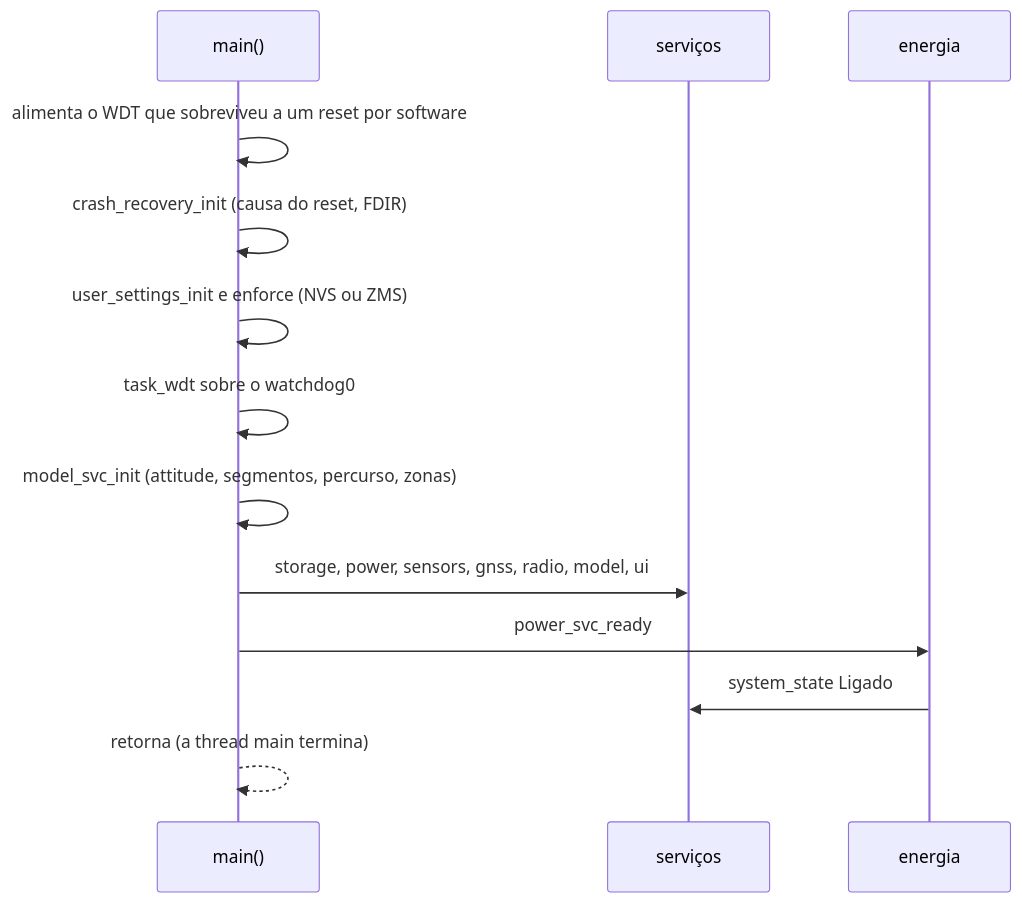
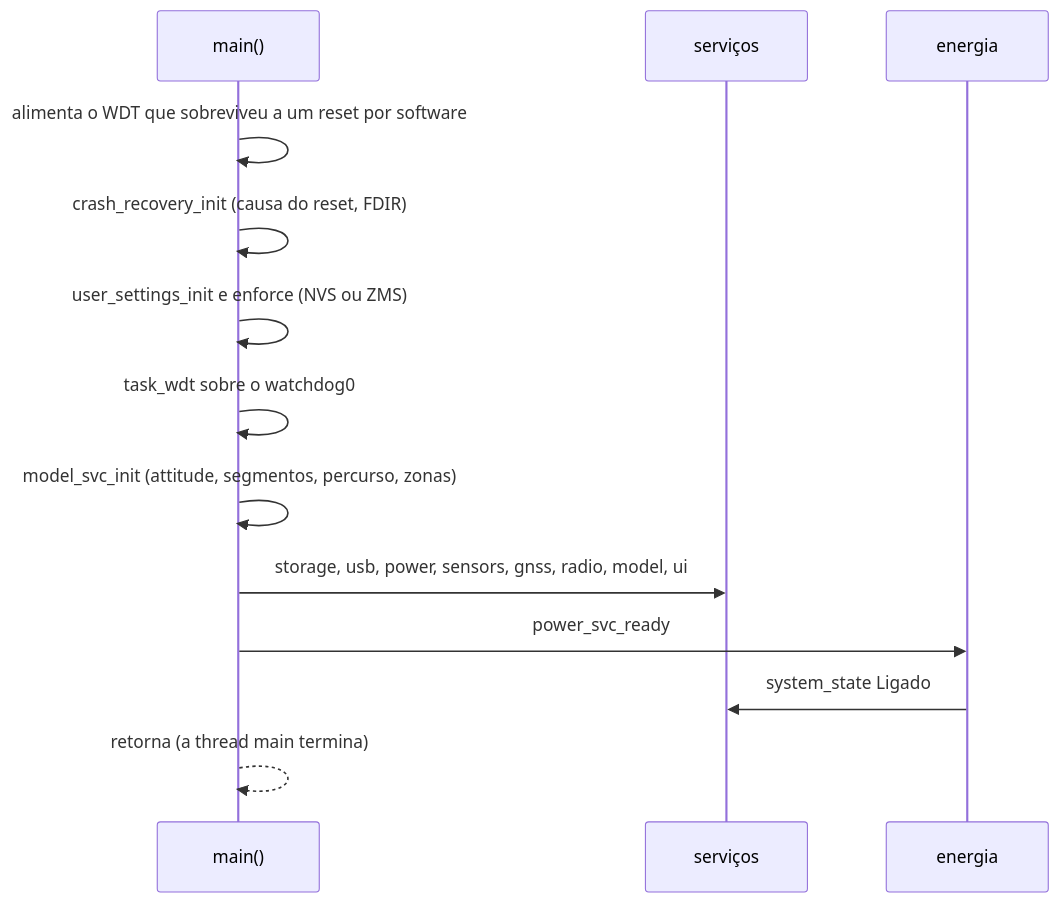
Before and after one commit to Guiimartinho/gnss-bike-computer: the second of 4 diagrams in docs/05-arquitetura-zephyr.md, drawn with Mermaid. The commit also changed other lines of this file and 32 other files, not shown here.

````diff
--- a/docs/05-arquitetura-zephyr.md
+++ b/docs/05-arquitetura-zephyr.md
@@ -61,15 +62,15 @@
 ```mermaid
 sequenceDiagram
     participant M as main()
     participant S as serviços
     participant P as energia
     M->>M: alimenta o WDT que sobreviveu a um reset por software
     M->>M: crash_recovery_init (causa do reset, FDIR)
     M->>M: user_settings_init e enforce (NVS ou ZMS)
     M->>M: task_wdt sobre o watchdog0
     M->>M: model_svc_init (attitude, segmentos, percurso, zonas)
-    M->>S: storage, power, sensors, gnss, radio, model, ui
+    M->>S: storage, usb, power, sensors, gnss, radio, model, ui
     M->>P: power_svc_ready
     P->>S: system_state Ligado
     M-->>M: retorna (a thread main termina)
 ```
````
